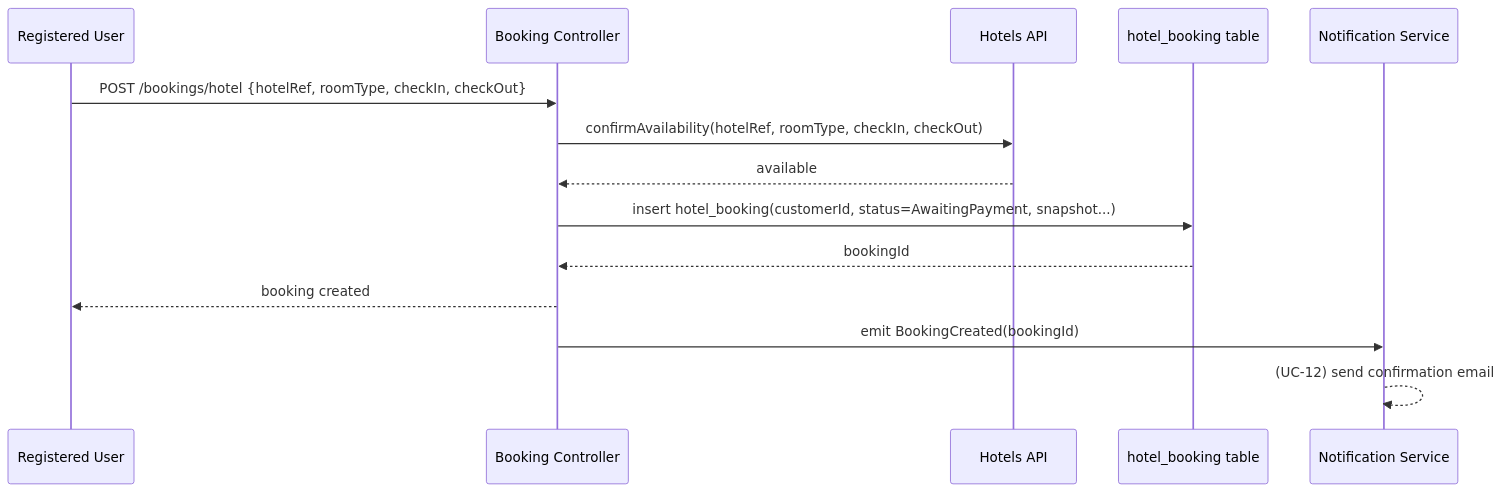
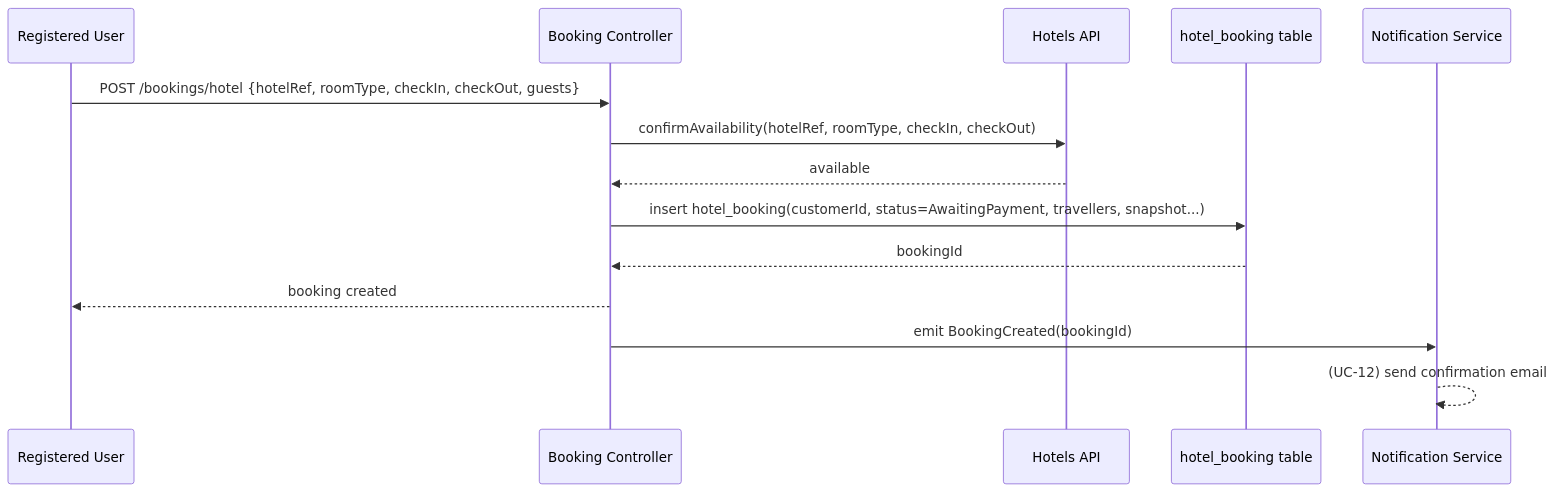
Before and after one commit to Backend-Mentor-ORG/booking: the second of 3 diagrams in diagrams/UC-07-book-hotel.md, drawn with Mermaid. The commit also changed other lines of this file and 5 other files, not shown here.

First line of the commit message:
Sync UC diagrams with the compound cache key and travellers JSONB decisions

````diff
--- a/diagrams/UC-07-book-hotel.md
+++ b/diagrams/UC-07-book-hotel.md
@@ -21,17 +21,17 @@
 ```mermaid
 sequenceDiagram
   participant U as Registered User
   participant API as Booking Controller
   participant Ext as Hotels API
   participant DB as hotel_booking table
   participant N as Notification Service
 
-  U->>API: POST /bookings/hotel {hotelRef, roomType, checkIn, checkOut}
+  U->>API: POST /bookings/hotel {hotelRef, roomType, checkIn, checkOut, guests}
   API->>Ext: confirmAvailability(hotelRef, roomType, checkIn, checkOut)
   Ext-->>API: available
-  API->>DB: insert hotel_booking(customerId, status=AwaitingPayment, snapshot...)
+  API->>DB: insert hotel_booking(customerId, status=AwaitingPayment, travellers, snapshot...)
   DB-->>API: bookingId
   API-->>U: booking created
   API->>N: emit BookingCreated(bookingId)
   N-->>N: (UC-12) send confirmation email
 ```
````
